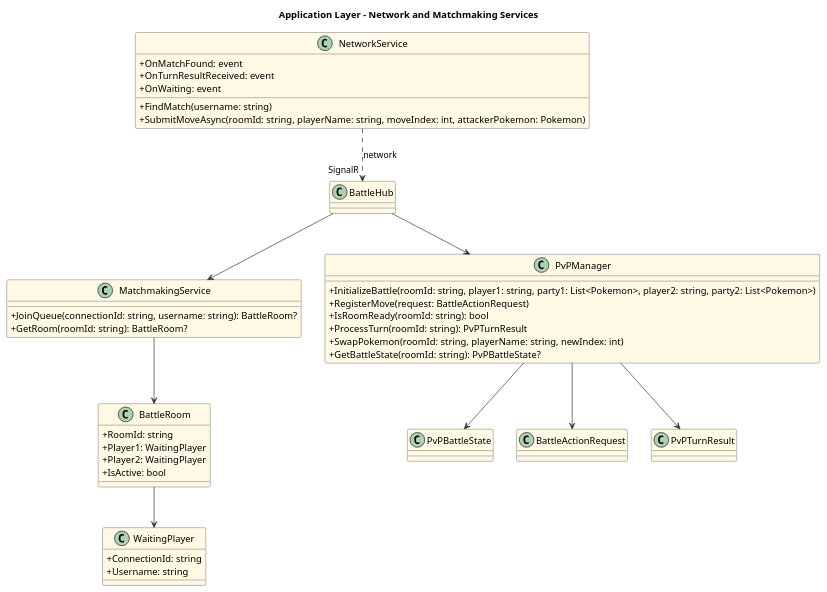
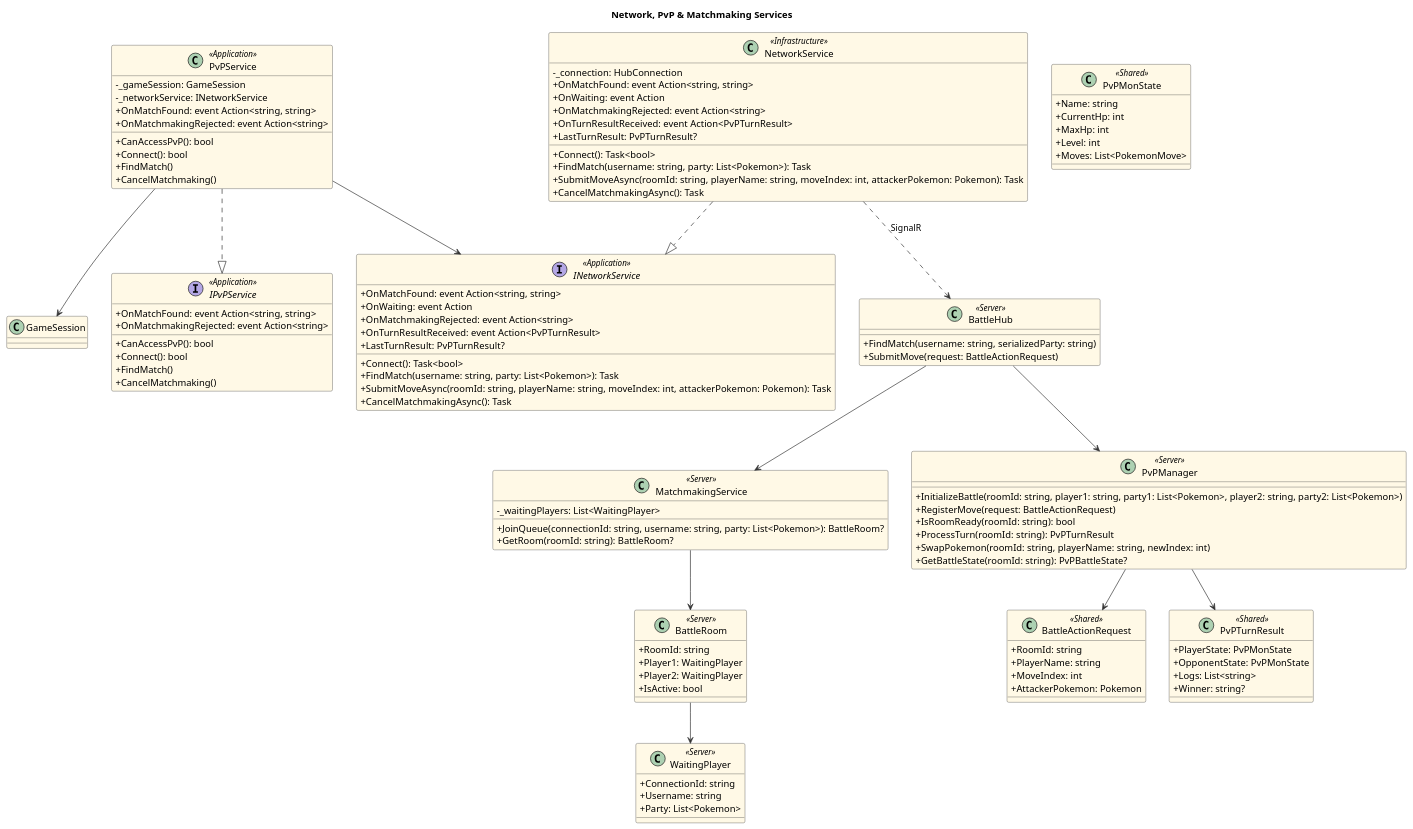
One commit to devKasumi/PokemonConsole changed the diagram in TurnBasedPokemon/Diagram/ClassDiagram/NetworkAndMatchmakingServices.puml. Above: the diagram before and after it, drawn with PlantUML. The commit also changed 69 other files, not shown here.

Commit message:
update all the diagrams

```diff
--- a/TurnBasedPokemon/Diagram/ClassDiagram/NetworkAndMatchmakingServices.puml
+++ b/TurnBasedPokemon/Diagram/ClassDiagram/NetworkAndMatchmakingServices.puml
@@ -1,58 +1,131 @@
 @startuml NetworkAndMatchmakingServices
 skinparam classAttributeIconSize 0
 skinparam direction top to bottom
 skinparam class {
   BackgroundColor #FFF9E6
   BorderColor #333333
   ArrowColor #333333
 }
 
-title Application Layer - Network and Matchmaking Services
+title Network, PvP & Matchmaking Services
 
-
-class NetworkService {
-  + FindMatch(username: string)
-  + SubmitMoveAsync(roomId: string, playerName: string, moveIndex: int, attackerPokemon: Pokemon)
-  + OnMatchFound: event
-  + OnTurnResultReceived: event
-  + OnWaiting: event
+' ===== Application Layer Interfaces =====
+interface INetworkService <<Application>> {
+  + OnMatchFound: event Action<string, string>
+  + OnWaiting: event Action
+  + OnMatchmakingRejected: event Action<string>
+  + OnTurnResultReceived: event Action<PvPTurnResult>
+  + LastTurnResult: PvPTurnResult?
+  + Connect(): Task<bool>
+  + FindMatch(username: string, party: List<Pokemon>): Task
+  + SubmitMoveAsync(roomId: string, playerName: string, moveIndex: int, attackerPokemon: Pokemon): Task
+  + CancelMatchmakingAsync(): Task
 }
 
-class MatchmakingService {
-  + JoinQueue(connectionId: string, username: string): BattleRoom?
+interface IPvPService <<Application>> {
+  + CanAccessPvP(): bool
+  + Connect(): bool
+  + FindMatch()
+  + CancelMatchmaking()
+  + OnMatchFound: event Action<string, string>
+  + OnMatchmakingRejected: event Action<string>
+}
+
+class PvPService <<Application>> {
+  - _gameSession: GameSession
+  - _networkService: INetworkService
+  + CanAccessPvP(): bool
+  + Connect(): bool
+  + FindMatch()
+  + CancelMatchmaking()
+  + OnMatchFound: event Action<string, string>
+  + OnMatchmakingRejected: event Action<string>
+}
+
+' ===== Infrastructure Layer =====
+class NetworkService <<Infrastructure>> {
+  - _connection: HubConnection
+  + OnMatchFound: event Action<string, string>
+  + OnWaiting: event Action
+  + OnMatchmakingRejected: event Action<string>
+  + OnTurnResultReceived: event Action<PvPTurnResult>
+  + LastTurnResult: PvPTurnResult?
+  + Connect(): Task<bool>
+  + FindMatch(username: string, party: List<Pokemon>): Task
+  + SubmitMoveAsync(roomId: string, playerName: string, moveIndex: int, attackerPokemon: Pokemon): Task
+  + CancelMatchmakingAsync(): Task
+}
+
+' ===== Server Side (PokemonServer) =====
+class BattleHub <<Server>> {
+  + FindMatch(username: string, serializedParty: string)
+  + SubmitMove(request: BattleActionRequest)
+}
+
+class MatchmakingService <<Server>> {
+  - _waitingPlayers: List<WaitingPlayer>
+  + JoinQueue(connectionId: string, username: string, party: List<Pokemon>): BattleRoom?
   + GetRoom(roomId: string): BattleRoom?
 }
 
-class BattleRoom {
+class BattleRoom <<Server>> {
   + RoomId: string
   + Player1: WaitingPlayer
   + Player2: WaitingPlayer
   + IsActive: bool
 }
 
-class PvPManager {
+class PvPManager <<Server>> {
   + InitializeBattle(roomId: string, player1: string, party1: List<Pokemon>, player2: string, party2: List<Pokemon>)
   + RegisterMove(request: BattleActionRequest)
   + IsRoomReady(roomId: string): bool
   + ProcessTurn(roomId: string): PvPTurnResult
   + SwapPokemon(roomId: string, playerName: string, newIndex: int)
   + GetBattleState(roomId: string): PvPBattleState?
 }
 
-class WaitingPlayer {
+class WaitingPlayer <<Server>> {
   + ConnectionId: string
   + Username: string
+  + Party: List<Pokemon>
 }
 
+' ===== Shared DTOs (Pokemon.Shared) =====
+class PvPTurnResult <<Shared>> {
+  + PlayerState: PvPMonState
+  + OpponentState: PvPMonState
+  + Logs: List<string>
+  + Winner: string?
+}
 
-' Relationships
-NetworkService ..> "SignalR" BattleHub : network
+class PvPMonState <<Shared>> {
+  + Name: string
+  + CurrentHp: int
+  + MaxHp: int
+  + Level: int
+  + Moves: List<PokemonMove>
+}
+
+class BattleActionRequest <<Shared>> {
+  + RoomId: string
+  + PlayerName: string
+  + MoveIndex: int
+  + AttackerPokemon: Pokemon
+}
+
+' ===== Relationships =====
+PvPService ..|> IPvPService
+PvPService --> INetworkService
+PvPService --> GameSession
+
+NetworkService ..|> INetworkService
+NetworkService ..> BattleHub : SignalR
+
 BattleHub --> MatchmakingService
 BattleHub --> PvPManager
 MatchmakingService --> BattleRoom
 BattleRoom --> WaitingPlayer
-PvPManager --> PvPBattleState
+PvPManager --> PvPTurnResult
 PvPManager --> BattleActionRequest
-PvPManager --> PvPTurnResult
 
 @enduml</content>
```
